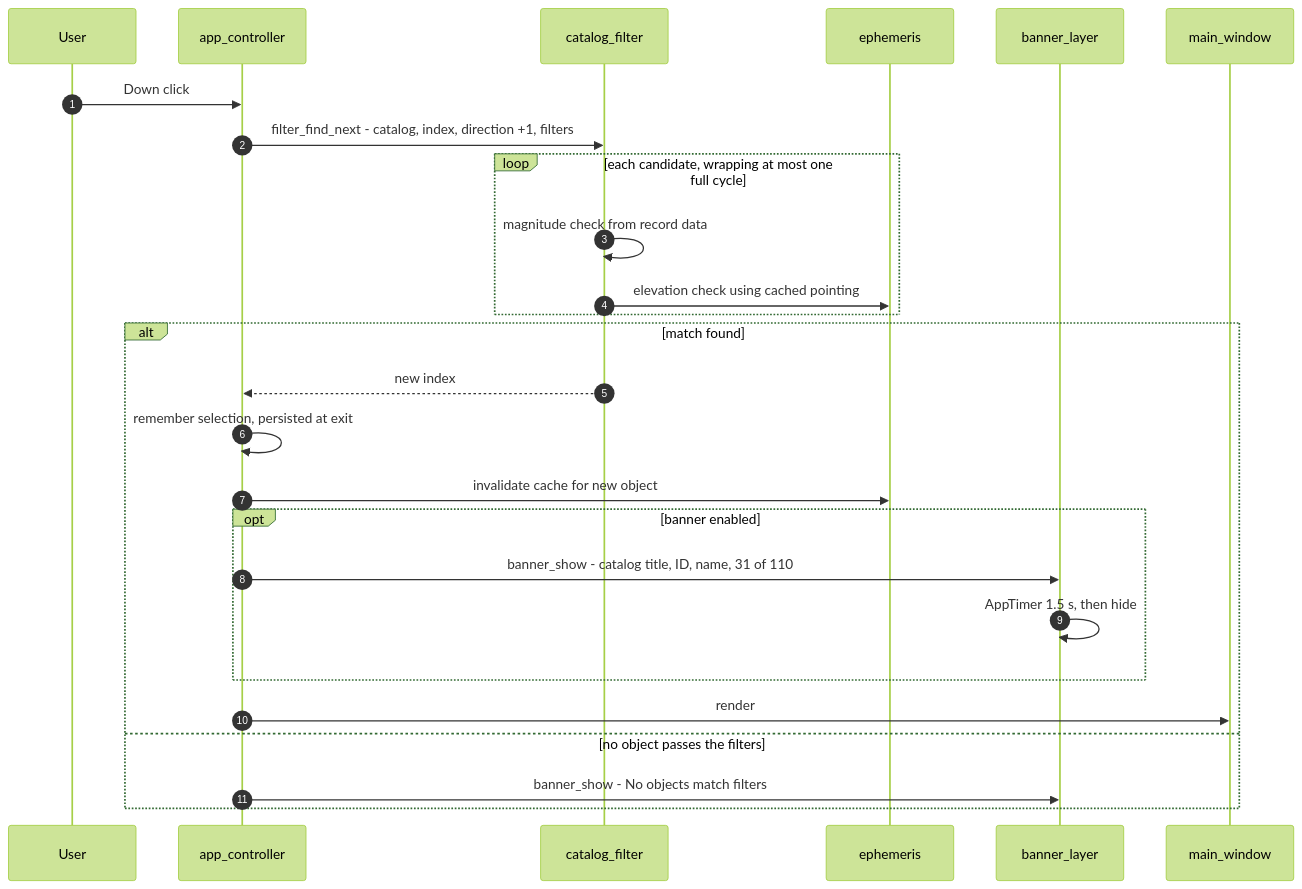
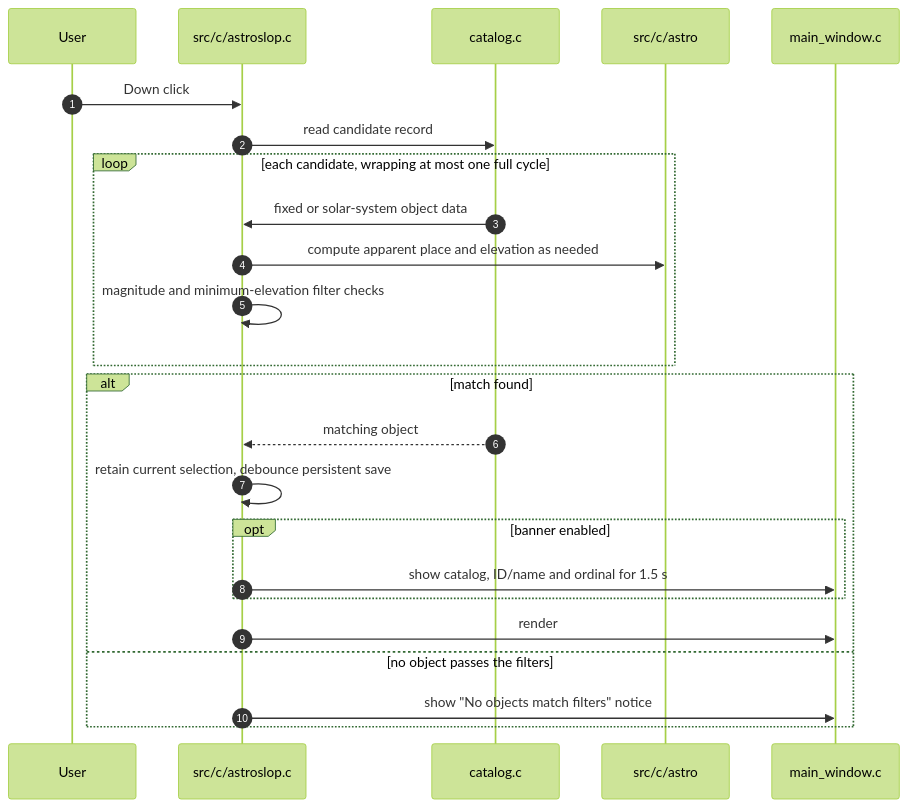
One commit to ewsandor/AstroSlop changed the fourth of 10 diagrams in docs/DESIGN.md. Above: the diagram before and after it, drawn with Mermaid (forest theme). The commit also changed other lines of this file and 69 other files, not shown here.

````diff
--- a/docs/DESIGN.md
+++ b/docs/DESIGN.md
@@ -545,29 +523,27 @@
 ```mermaid
 sequenceDiagram
     autonumber
     participant User
-    participant Controller as app_controller
-    participant Filter as catalog_filter
-    participant Ephem as ephemeris
-    participant Banner as banner_layer
-    participant Screen as main_window
+    participant App as src/c/astroslop.c
+    participant Catalog as catalog.c
+    participant Astro as src/c/astro
+    participant Screen as main_window.c
 
-    User->>Controller: Down click
-    Controller->>Filter: filter_find_next - catalog, index, direction +1, filters
+    User->>App: Down click
+    App->>Catalog: read candidate record
     loop each candidate, wrapping at most one full cycle
-        Filter->>Filter: magnitude check from record data
-        Filter->>Ephem: elevation check using cached pointing
+        Catalog->>App: fixed or solar-system object data
+        App->>Astro: compute apparent place and elevation as needed
+        App->>App: magnitude and minimum-elevation filter checks
     end
     alt match found
-        Filter-->>Controller: new index
-        Controller->>Controller: remember selection, persisted at exit
-        Controller->>Ephem: invalidate cache for new object
+        Catalog-->>App: matching object
+        App->>App: retain current selection, debounce persistent save
         opt banner enabled
-            Controller->>Banner: banner_show - catalog title, ID, name, 31 of 110
-            Banner->>Banner: AppTimer 1.5 s, then hide
+            App->>Screen: show catalog, ID/name and ordinal for 1.5 s
         end
-        Controller->>Screen: render
+        App->>Screen: render
     else no object passes the filters
-        Controller->>Banner: banner_show - No objects match filters
+        App->>Screen: show "No objects match filters" notice
     end
 ```
````
